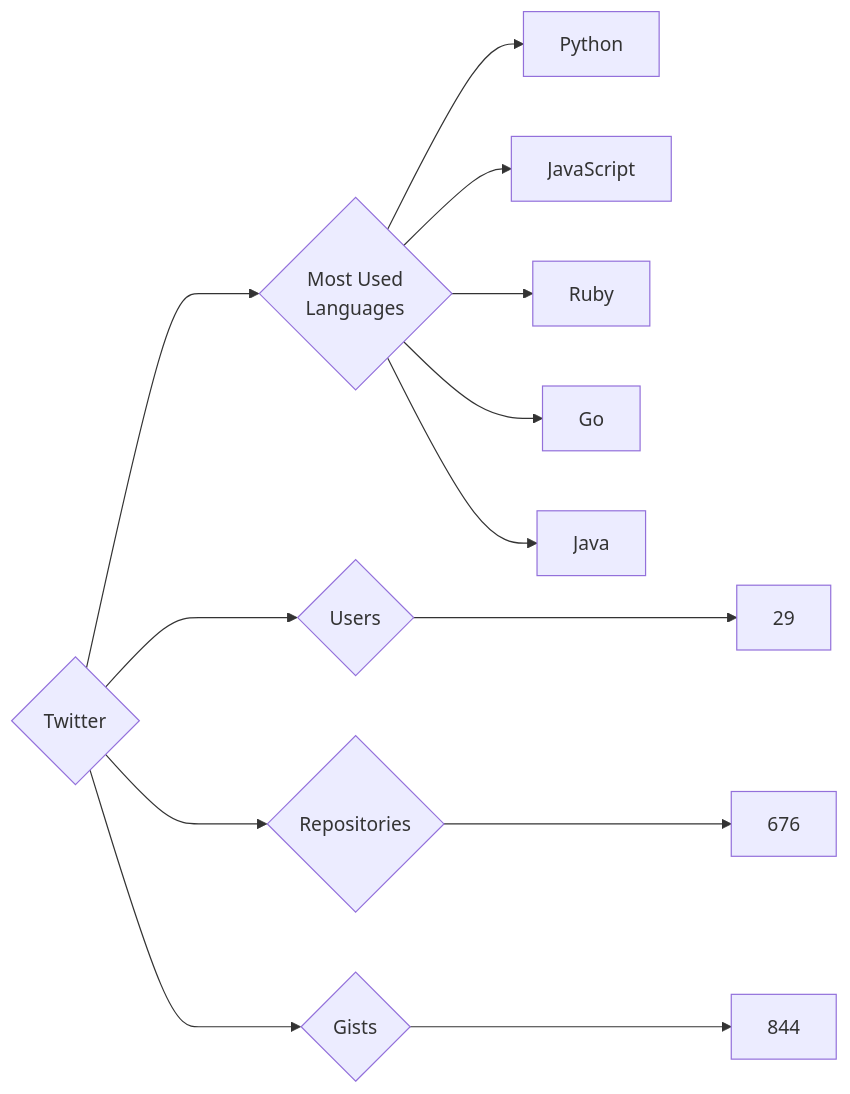
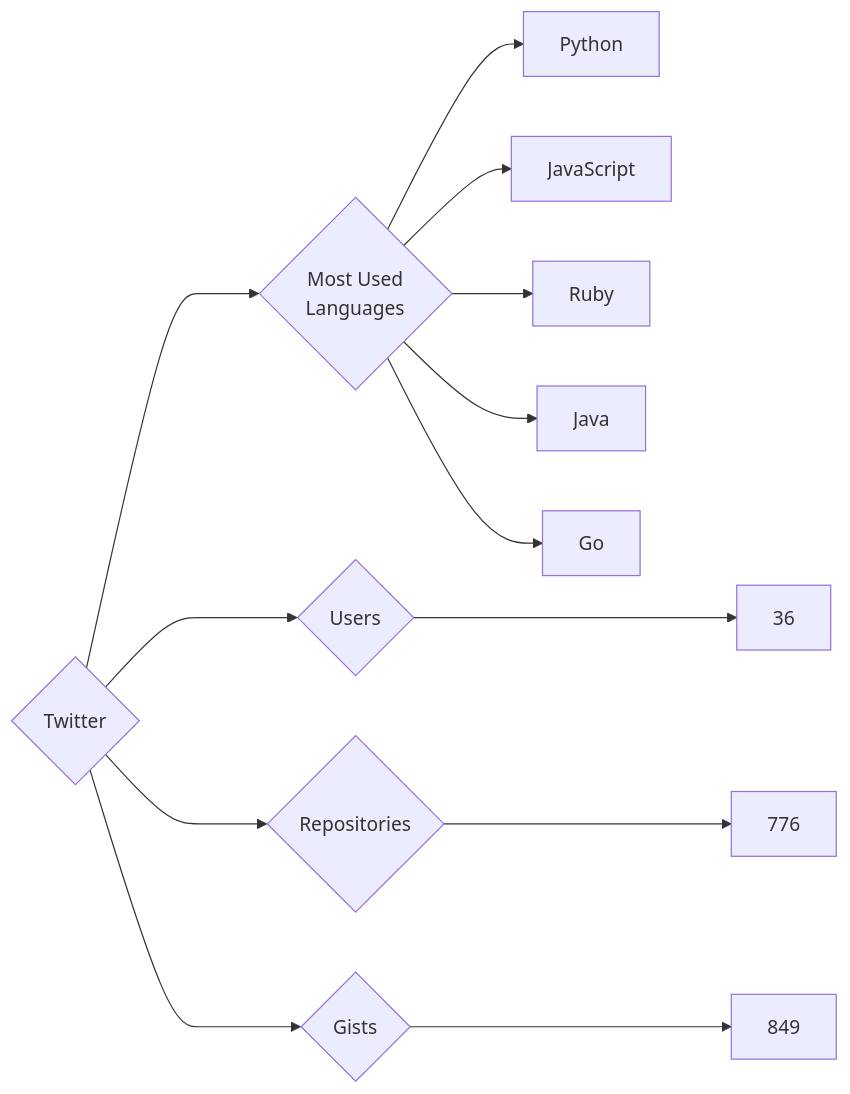
One commit to trickest/insiders changed the diagram in targets/Twitter/README.md. Above: the diagram before and after it, drawn with Mermaid. The commit also changed 787 other files, not shown here.

````diff
--- a/targets/Twitter/README.md
+++ b/targets/Twitter/README.md
@@ -3,13 +3,13 @@
 ```mermaid
 graph LR
 COMPANY_NAME{Twitter}
-COMPANY_NAME ---> U{Users} ---> UN[29]
-COMPANY_NAME ---> R{Repositories} ---> RN[676]
-COMPANY_NAME ---> G{Gists} ---> GN[844]
+COMPANY_NAME ---> U{Users} ---> UN[36]
+COMPANY_NAME ---> R{Repositories} ---> RN[776]
+COMPANY_NAME ---> G{Gists} ---> GN[849]
 COMPANY_NAME ---> ML{Most Used<br>Languages}
 ML --> Python[Python]
 ML --> JavaScript[JavaScript]
 ML --> Ruby[Ruby]
+ML --> Java[Java]
 ML --> Go[Go]
-ML --> Java[Java]
 ```
````
